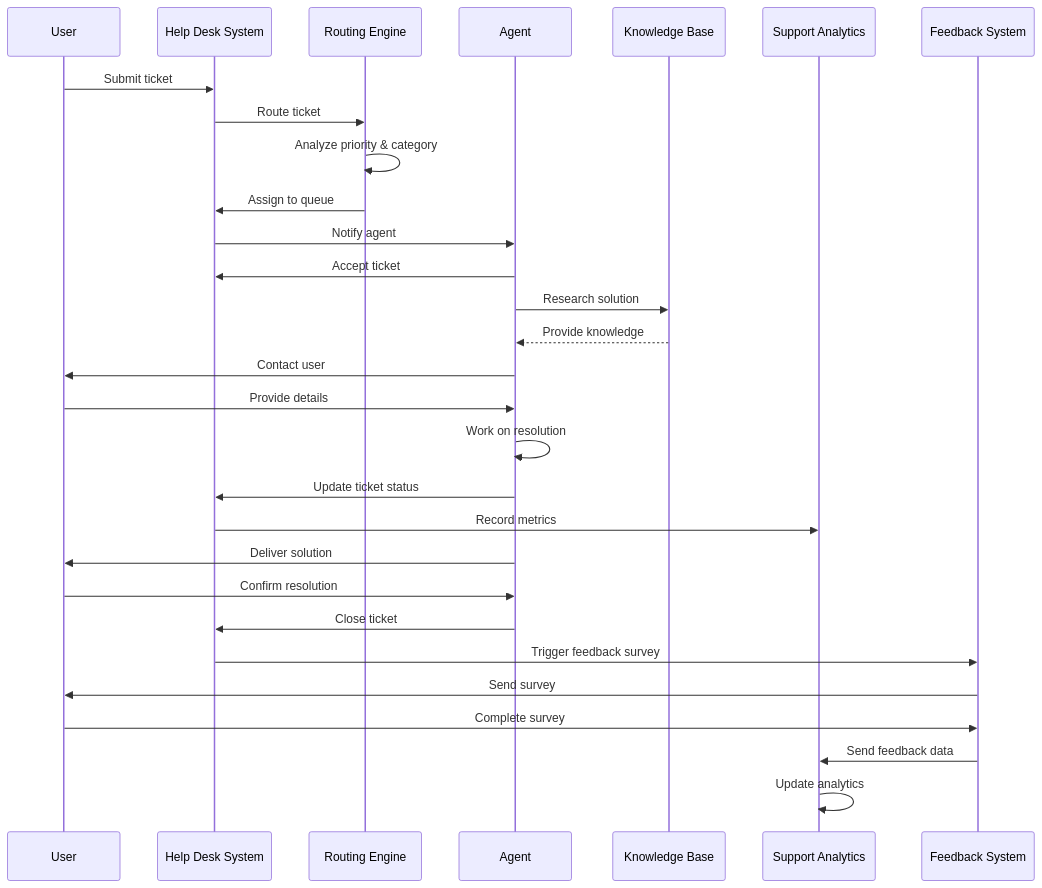
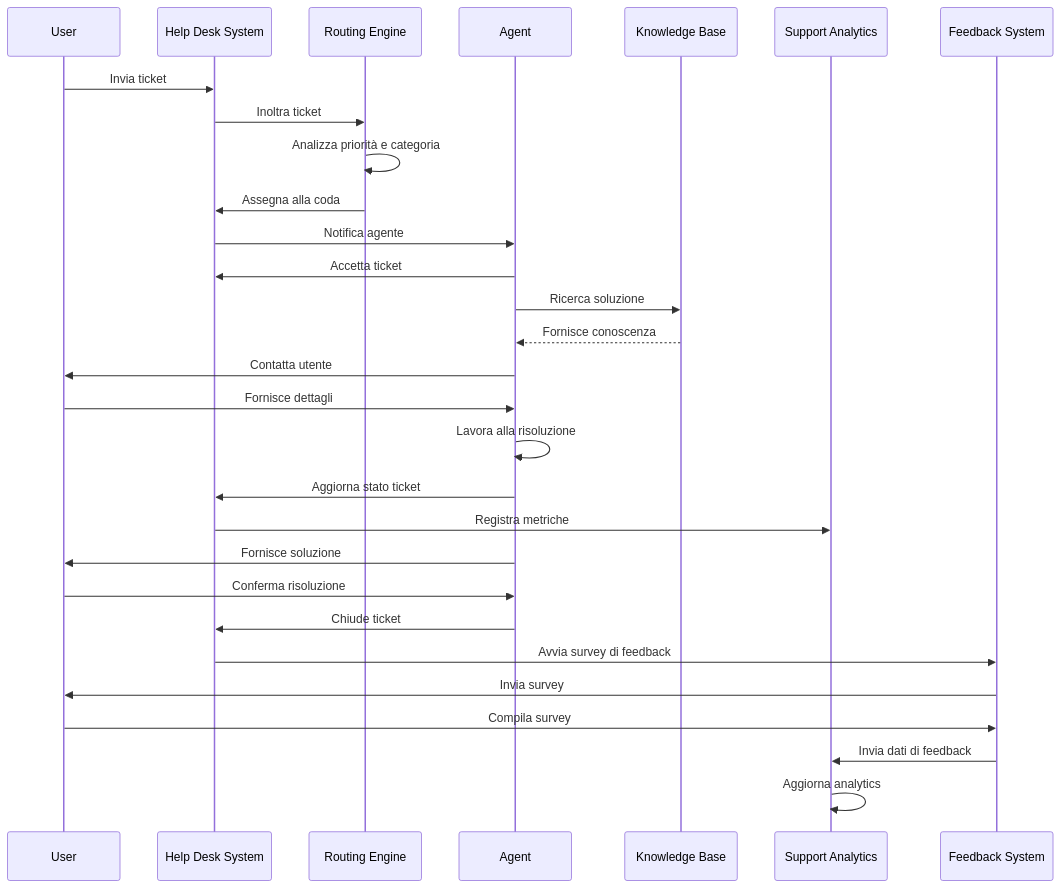
Before and after one commit to gianlucaciarcelluti/Interzen.ZenIA: the second of 9 diagrams in docs/use_cases/UC10 - Supporto all'Utente/03-SEQUENCES.md, drawn with Mermaid. The commit also changed other lines of this file and 14 other files, not shown here.

````diff
--- a/docs/use_cases/UC10 - Supporto all'Utente/03-SEQUENCES.md
+++ b/docs/use_cases/UC10 - Supporto all'Utente/03-SEQUENCES.md
@@ -48,38 +48,38 @@
 ```mermaid
 sequenceDiagram
     participant U as User
     participant HD as Help Desk System
     participant RT as Routing Engine
     participant AG as Agent
     participant KB as Knowledge Base
     participant SA as Support Analytics
     participant FB as Feedback System
 
-    U->>HD: Submit ticket
-    HD->>RT: Route ticket
-    RT->>RT: Analyze priority & category
-    RT->>HD: Assign to queue
+    U->>HD: Invia ticket
+    HD->>RT: Inoltra ticket
+    RT->>RT: Analizza priorità e categoria
+    RT->>HD: Assegna alla coda
 
-    HD->>AG: Notify agent
-    AG->>HD: Accept ticket
-    AG->>KB: Research solution
-    KB-->>AG: Provide knowledge
+    HD->>AG: Notifica agente
+    AG->>HD: Accetta ticket
+    AG->>KB: Ricerca soluzione
+    KB-->>AG: Fornisce conoscenza
 
-    AG->>U: Contact user
-    U->>AG: Provide details
-    AG->>AG: Work on resolution
+    AG->>U: Contatta utente
+    U->>AG: Fornisce dettagli
+    AG->>AG: Lavora alla risoluzione
 
-    AG->>HD: Update ticket status
-    HD->>SA: Record metrics
+    AG->>HD: Aggiorna stato ticket
+    HD->>SA: Registra metriche
 
-    AG->>U: Deliver solution
-    U->>AG: Confirm resolution
+    AG->>U: Fornisce soluzione
+    U->>AG: Conferma risoluzione
 
-    AG->>HD: Close ticket
-    HD->>FB: Trigger feedback survey
-    FB->>U: Send survey
-    U->>FB: Complete survey
+    AG->>HD: Chiude ticket
+    HD->>FB: Avvia survey di feedback
+    FB->>U: Invia survey
+    U->>FB: Compila survey
 
-    FB->>SA: Send feedback data
-    SA->>SA: Update analytics
+    FB->>SA: Invia dati di feedback
+    SA->>SA: Aggiorna analytics
 ```
````
